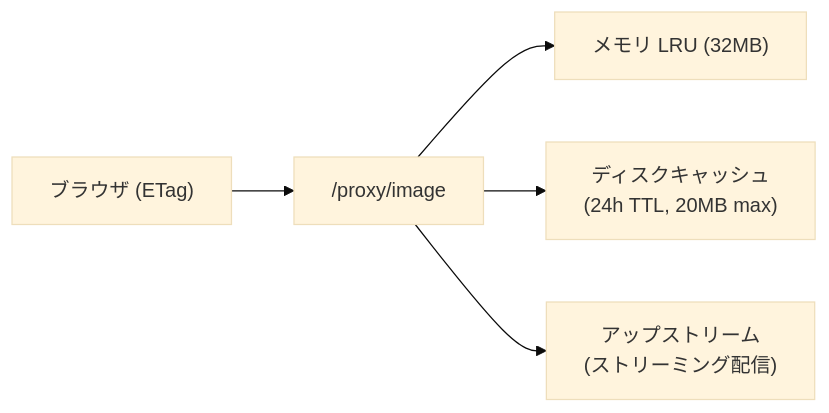
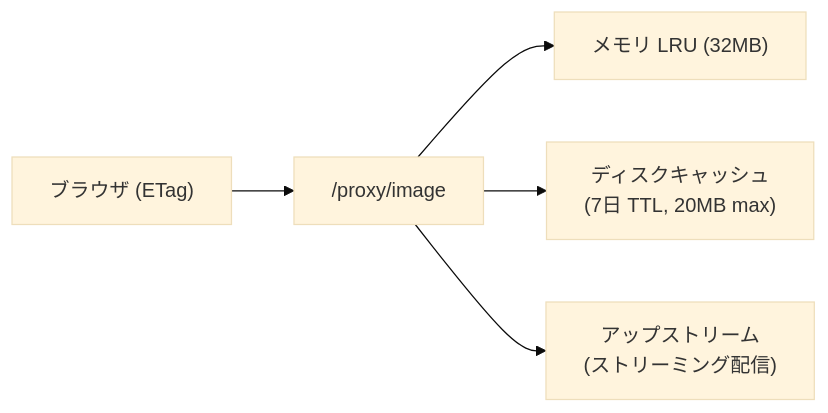
The third of 6 diagrams in ARCHITECTURE.md (hitalin/notedeck), drawn with Mermaid (base theme) before and after one commit. The commit also changed other lines of this file, not shown here.

First line of the commit message:
docs: ARCHITECTURE.md のファクトチェック修正

````diff
--- a/ARCHITECTURE.md
+++ b/ARCHITECTURE.md
@@ -152,7 +152,7 @@
 ```mermaid
 graph LR
     Browser["ブラウザ (ETag)"] --> Axum["/proxy/image"]
     Axum --> Mem["メモリ LRU (32MB)"]
-    Axum --> Disk["ディスクキャッシュ<br/>(24h TTL, 20MB max)"]
+    Axum --> Disk["ディスクキャッシュ<br/>(7日 TTL, 20MB max)"]
     Axum --> Upstream["アップストリーム<br/>(ストリーミング配信)"]
 ```
````
